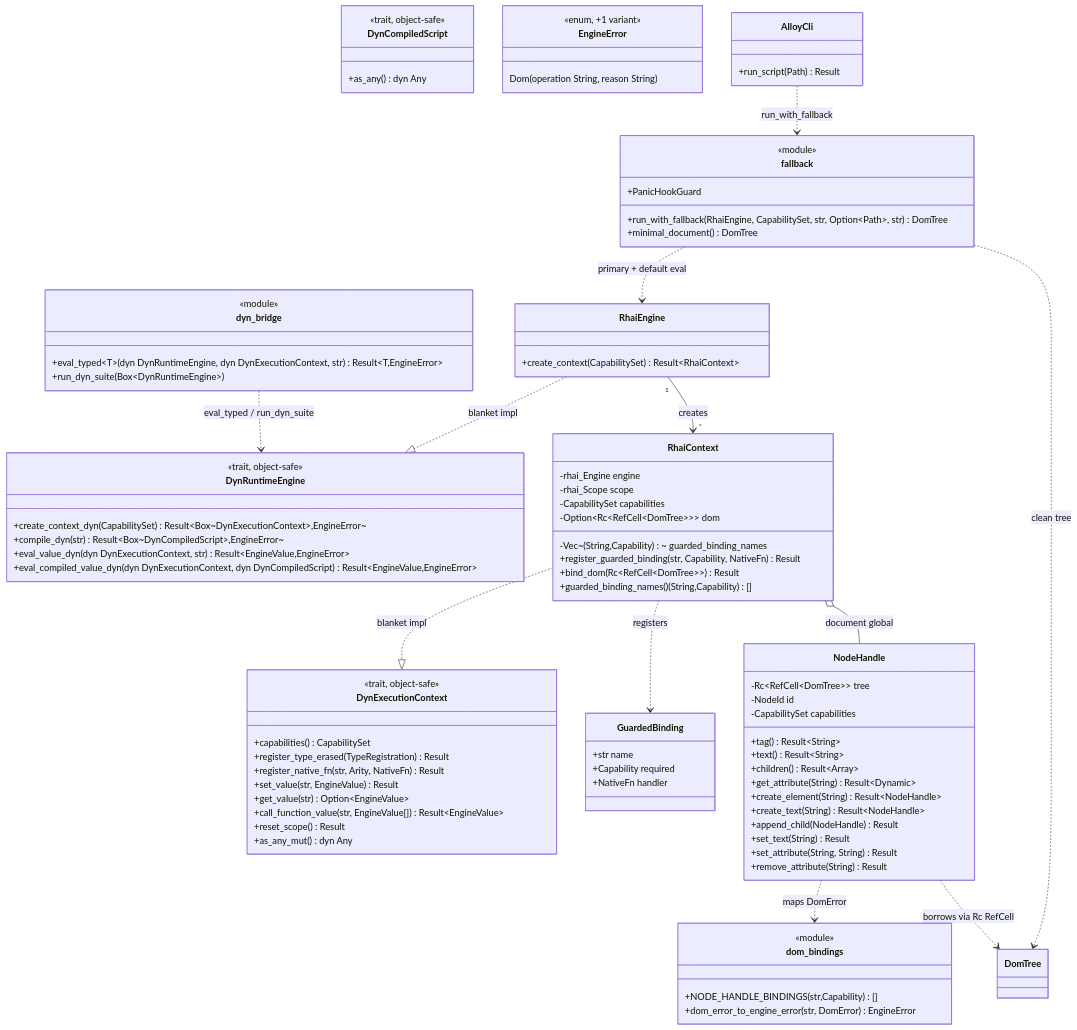
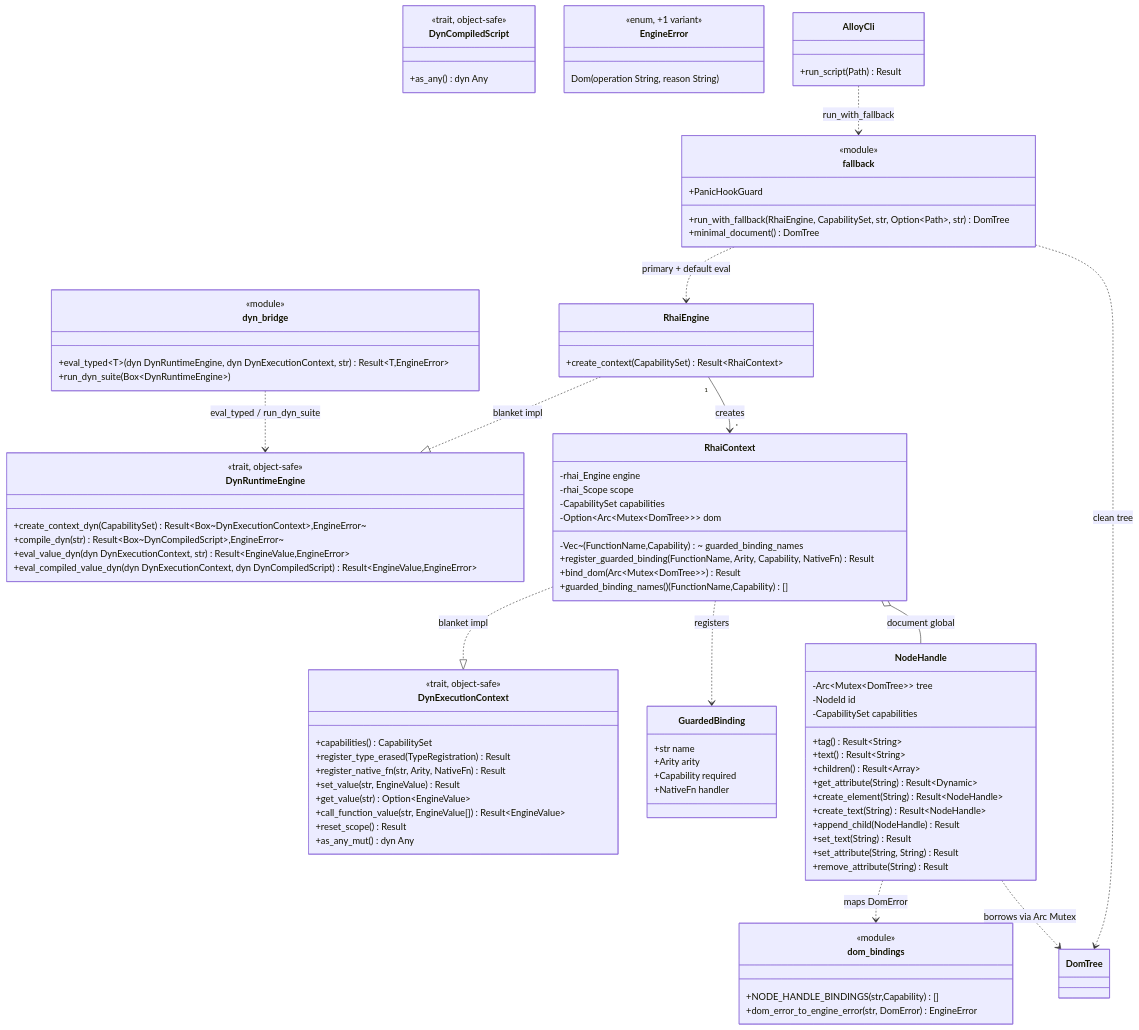
The diagram in spdd/prompt/202608300320-[Feat]-runtime-scriptable-dom-sandbox-v0-2-f6-i1.md (jaoppb/alloy), drawn with Mermaid before and after one commit. The commit also changed other lines of this file and 15 other files, not shown here.

```diff
--- a/spdd/prompt/202608300320-[Feat]-runtime-scriptable-dom-sandbox-v0-2-f6-i1.md
+++ b/spdd/prompt/202608300320-[Feat]-runtime-scriptable-dom-sandbox-v0-2-f6-i1.md
@@ -68,19 +68,20 @@
   -rhai_Engine engine
   -rhai_Scope scope
   -CapabilitySet capabilities
-  -Vec~(String,Capability)~ guarded_binding_names
-  -Option~Rc~RefCell~DomTree~~~ dom
-  +register_guarded_binding(str, Capability, NativeFn) Result
-  +bind_dom(Rc~RefCell~DomTree~~) Result
-  +guarded_binding_names() (String,Capability)[]
+  -Vec~(FunctionName,Capability)~ guarded_binding_names
+  -Option~Arc~Mutex~DomTree~~~ dom
+  +register_guarded_binding(FunctionName, Arity, Capability, NativeFn) Result
+  +bind_dom(Arc~Mutex~DomTree~~) Result
+  +guarded_binding_names() (FunctionName,Capability)[]
 }
 class GuardedBinding {
   +str name
+  +Arity arity
   +Capability required
   +NativeFn handler
 }
 class NodeHandle {
-  -Rc~RefCell~DomTree~~ tree
+  -Arc~Mutex~DomTree~~ tree
   -NodeId id
   -CapabilitySet capabilities
   +tag() Result~String~
@@ -115,7 +116,7 @@
 RhaiContext ..> GuardedBinding : registers
 RhaiContext o-- NodeHandle : document global
 NodeHandle ..> dom_bindings : maps DomError
-NodeHandle ..> DomTree : borrows via Rc RefCell
+NodeHandle ..> DomTree : borrows via Arc Mutex
 fallback ..> RhaiEngine : primary + default eval
 fallback ..> DomTree : clean tree
 AlloyCli ..> fallback : run_with_fallback
```
